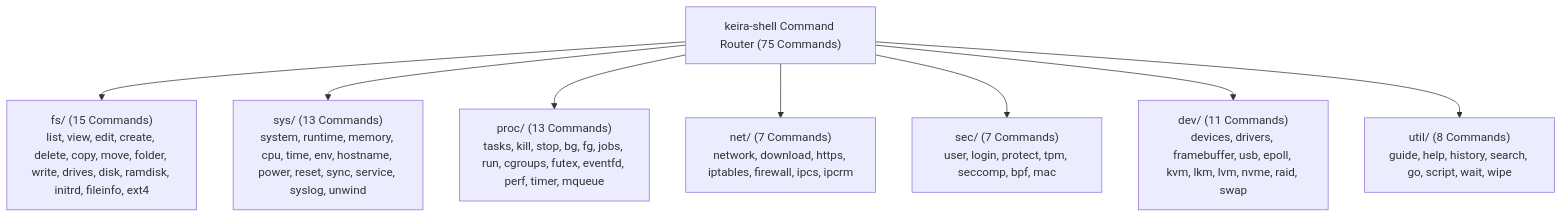
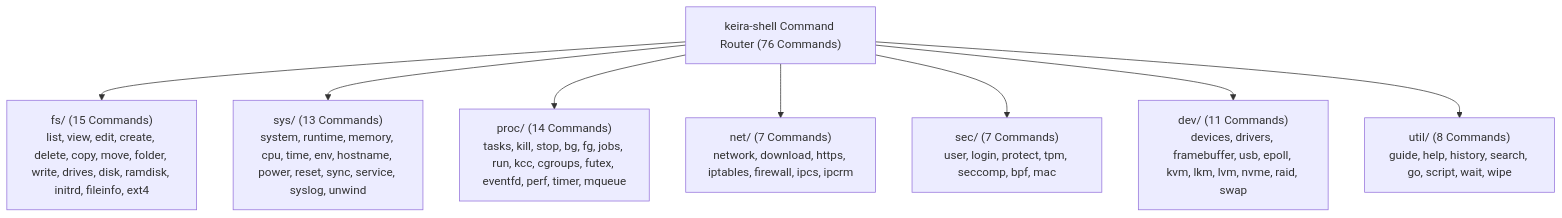
One commit to mrvlous/keira changed the diagram in docs/shell/commands/README.md. Above: the diagram before and after it, drawn with Mermaid. The commit also changed other lines of this file and 50 other files, not shown here.

Commit message:
feat(user): add standard C libraries, native kcc command and SDK documentation

````diff
--- a/docs/shell/commands/README.md
+++ b/docs/shell/commands/README.md
@@ -11,10 +11,10 @@
 ```mermaid
 graph TD
-    Shell["keira-shell Command Router (75 Commands)"] --> FS["fs/ (15 Commands)<br/>list, view, edit, create, delete, copy, move, folder, write, drives, disk, ramdisk, initrd, fileinfo, ext4"]
+    Shell["keira-shell Command Router (76 Commands)"] --> FS["fs/ (15 Commands)<br/>list, view, edit, create, delete, copy, move, folder, write, drives, disk, ramdisk, initrd, fileinfo, ext4"]
     Shell --> Sys["sys/ (13 Commands)<br/>system, runtime, memory, cpu, time, env, hostname, power, reset, sync, service, syslog, unwind"]
-    Shell --> Proc["proc/ (13 Commands)<br/>tasks, kill, stop, bg, fg, jobs, run, cgroups, futex, eventfd, perf, timer, mqueue"]
+    Shell --> Proc["proc/ (14 Commands)<br/>tasks, kill, stop, bg, fg, jobs, run, kcc, cgroups, futex, eventfd, perf, timer, mqueue"]
     Shell --> Net["net/ (7 Commands)<br/>network, download, https, iptables, firewall, ipcs, ipcrm"]
     Shell --> Sec["sec/ (7 Commands)<br/>user, login, protect, tpm, seccomp, bpf, mac"]
     Shell --> Dev["dev/ (11 Commands)<br/>devices, drivers, framebuffer, usb, epoll, kvm, lkm, lvm, nvme, raid, swap"]
     Shell --> Util["util/ (8 Commands)<br/>guide, help, history, search, go, script, wait, wipe"]
 ```
````
